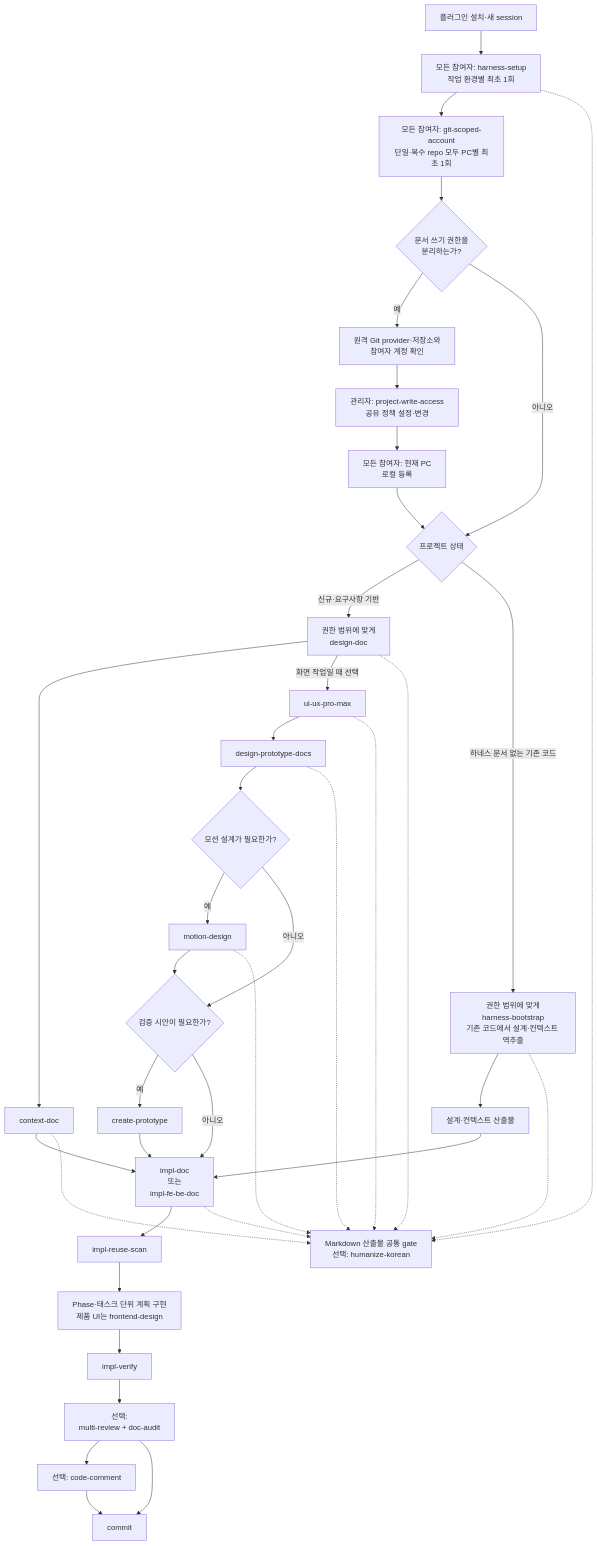
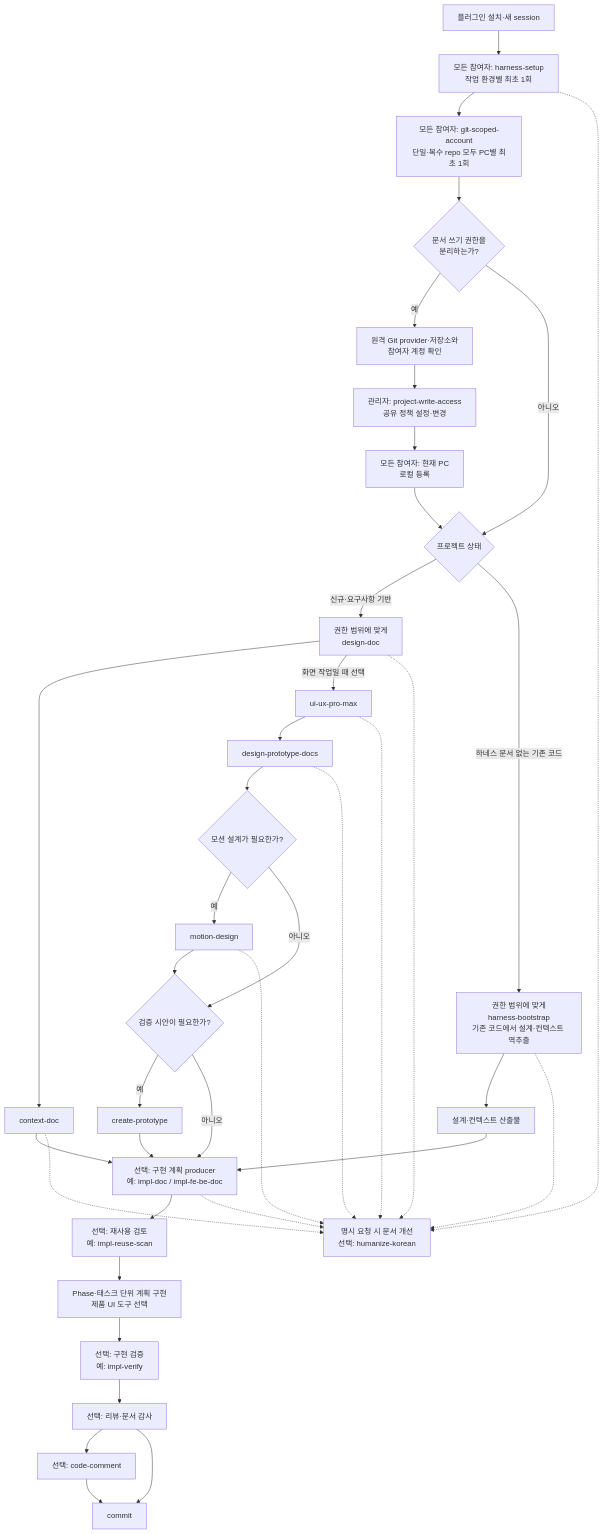
One commit to hb9397/ai-agent-harness-docs changed the first of 2 diagrams in README.md. Above: the diagram before and after it, drawn with Mermaid. The commit also changed other lines of this file and 114 other files, not shown here.

````diff
--- a/README.md
+++ b/README.md
@@ -99,43 +99,43 @@
 ```mermaid
 flowchart TD
     P["플러그인 설치·새 session"] --> S["모든 참여자: harness-setup<br/>작업 환경별 최초 1회"]
     S --> GA["모든 참여자: git-scoped-account<br/>단일·복수 repo 모두 PC별 최초 1회"]
     GA --> A{"문서 쓰기 권한을<br/>분리하는가?"}
     A -->|"예"| RP["원격 Git provider·저장소와<br/>참여자 계정 확인"]
     RP --> PA["관리자: project-write-access<br/>공유 정책 설정·변경"]
     PA --> LE["모든 참여자: 현재 PC<br/>로컬 등록"]
     A -->|"아니오"| N{"프로젝트 상태"}
     LE --> N
     N -->|"신규·요구사항 기반"| D["권한 범위에 맞게<br/>design-doc"]
     N -->|"하네스 문서 없는 기존 코드"| B["권한 범위에 맞게<br/>harness-bootstrap<br/>기존 코드에서 설계·컨텍스트 역추출"]
     D --> C["context-doc"]
     B --> C2["설계·컨텍스트 산출물"]
     D -->|"화면 작업일 때 선택"| UX["ui-ux-pro-max"]
     UX --> U["design-prototype-docs"]
     U --> M{"모션 설계가 필요한가?"}
     M -->|"예"| MD["motion-design"]
     M -->|"아니오"| T{"검증 시안이 필요한가?"}
     MD --> T
     T -->|"예"| CP["create-prototype"]
     T -->|"아니오"| I
     CP --> I
-    C --> I["impl-doc <br/>또는<br/> impl-fe-be-doc"]
+    C --> I["선택: 구현 계획 producer<br/>예: impl-doc / impl-fe-be-doc"]
     C2 --> I
-    I --> R["impl-reuse-scan"]
-    R --> W["Phase·태스크 단위 계획 구현<br/>제품 UI는 frontend-design"]
-    W --> V["impl-verify"]
-    V --> Q["선택:<br/>multi-review + doc-audit"]
+    I --> R["선택: 재사용 검토<br/>예: impl-reuse-scan"]
+    R --> W["Phase·태스크 단위 계획 구현<br/>제품 UI 도구 선택"]
+    W --> V["선택: 구현 검증<br/>예: impl-verify"]
+    V --> Q["선택: 리뷰·문서 감사"]
     Q --> CC["선택: code-comment"]
     CC --> CM["commit"]
     Q --> CM
 
-    H["Markdown 산출물 공통 gate<br/>선택: humanize-korean<br/>"]
+    H["명시 요청 시 문서 개선<br/>선택: humanize-korean<br/>"]
     S -.-> H
     B -.-> H
     D -.-> H
     C -.-> H
     UX -.-> H
     U -.-> H
     MD -.-> H
     I -.-> H
 ```
````
